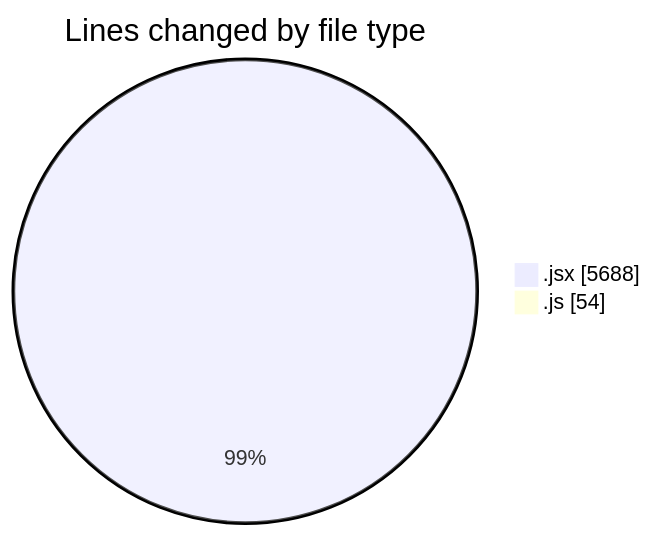
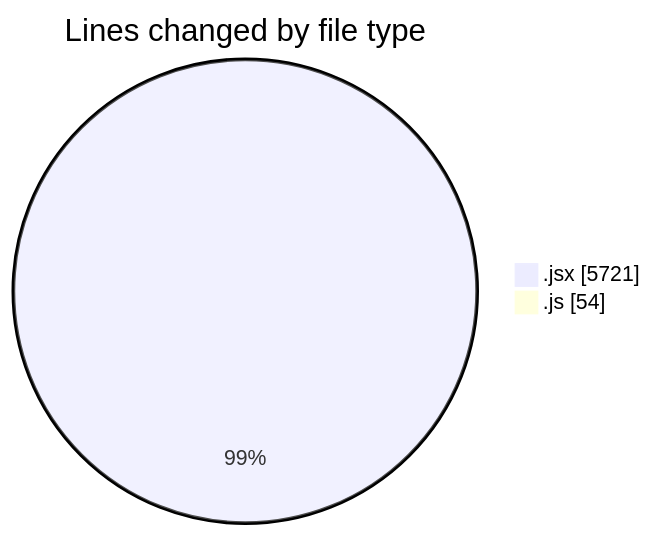
Before and after one commit to nxtqubesakshisongat/code-tracking: the first of 2 diagrams in 2025-06-25/nxtqube_webapp/README.md, drawn with Mermaid. The commit also changed other lines of this file and 1 other file, not shown here.

````diff
--- a/2025-06-25/nxtqube_webapp/README.md
+++ b/2025-06-25/nxtqube_webapp/README.md
@@ -24,6 +24,6 @@
 ```mermaid
 pie showData
 title Lines changed by file type
-".jsx" : 5688
+".jsx" : 5721
 ".js" : 54
 ```
````
